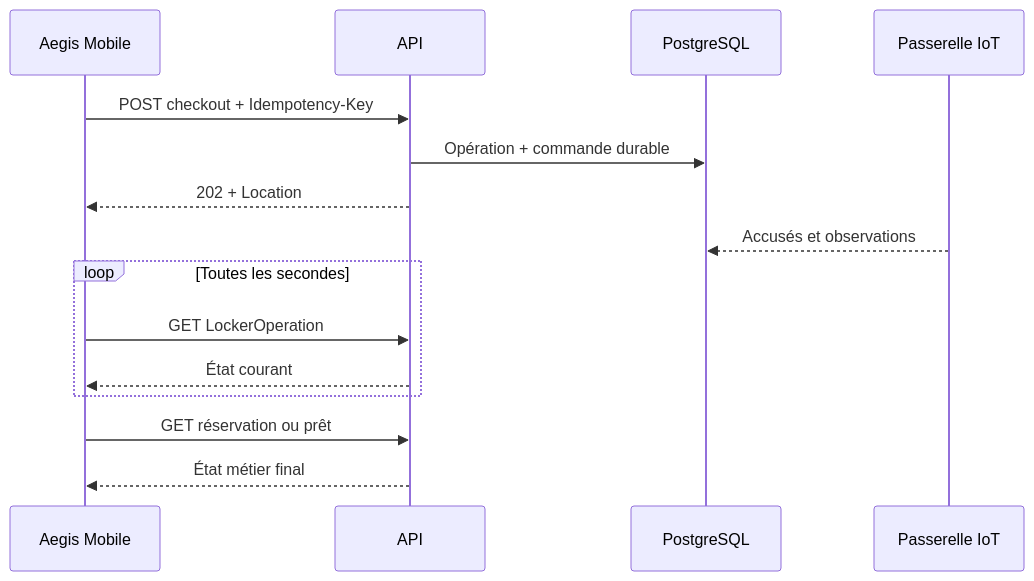
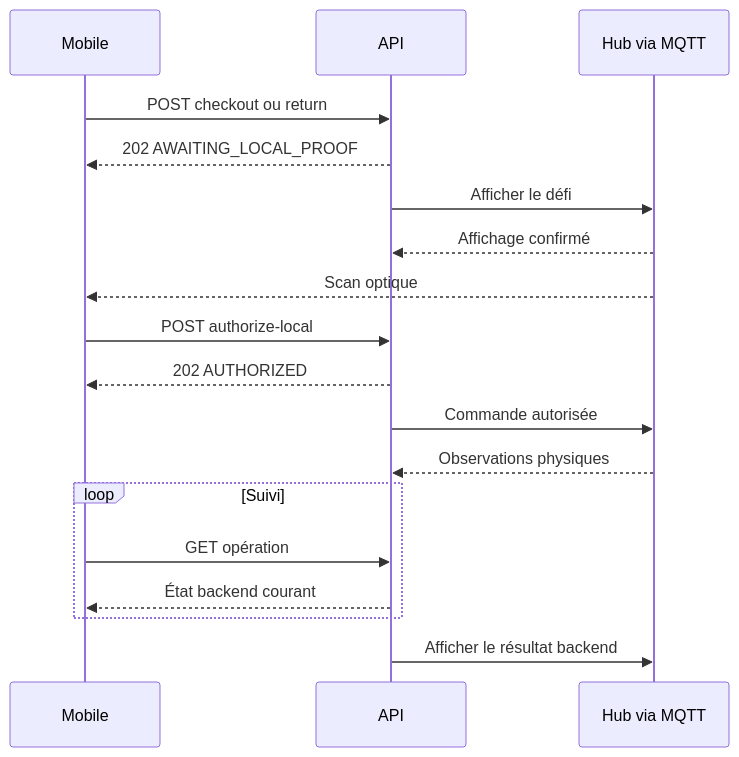
One commit to PhilJordan18/aegis changed the diagram in docs/cahier-conception/09-contrats-rest.md. Above: the diagram before and after it, drawn with Mermaid. The commit also changed other lines of this file, not shown here.

````diff
--- a/docs/cahier-conception/09-contrats-rest.md
+++ b/docs/cahier-conception/09-contrats-rest.md
@@ -812,18 +813,20 @@
 ```mermaid
 sequenceDiagram
-    participant M as Aegis Mobile
+    participant M as Mobile
     participant A as API
-    participant D as PostgreSQL
-    participant I as Passerelle IoT
-
-    M->>A: POST checkout + Idempotency-Key
-    A->>D: Opération + commande durable
-    A-->>M: 202 + Location
-    I-->>D: Accusés et observations
-    loop Toutes les secondes
-        M->>A: GET LockerOperation
-        A-->>M: État courant
+    participant H as Hub via MQTT
+    M->>A: POST checkout ou return
+    A-->>M: 202 AWAITING_LOCAL_PROOF
+    A->>H: Afficher le défi
+    H-->>A: Affichage confirmé
+    H-->>M: Scan optique
+    M->>A: POST authorize-local
+    A-->>M: 202 AUTHORIZED
+    A->>H: Commande autorisée
+    H-->>A: Observations physiques
+    loop Suivi
+        M->>A: GET opération
+        A-->>M: État backend courant
     end
-    M->>A: GET réservation ou prêt
-    A-->>M: État métier final
+    A->>H: Afficher le résultat backend
 ```
````
